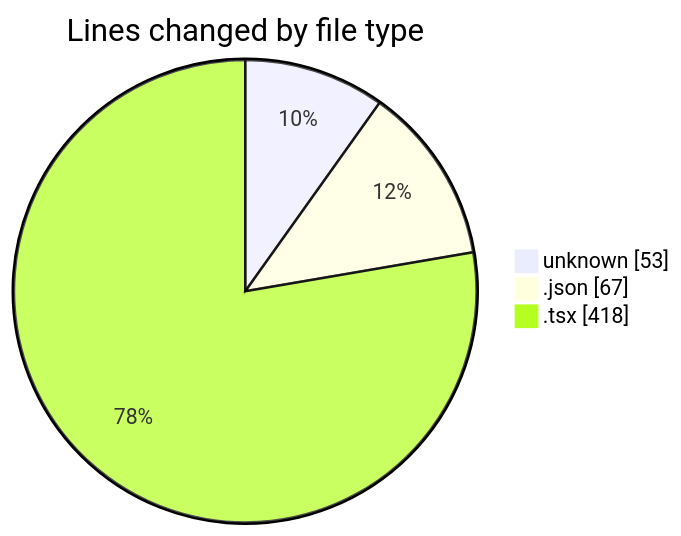
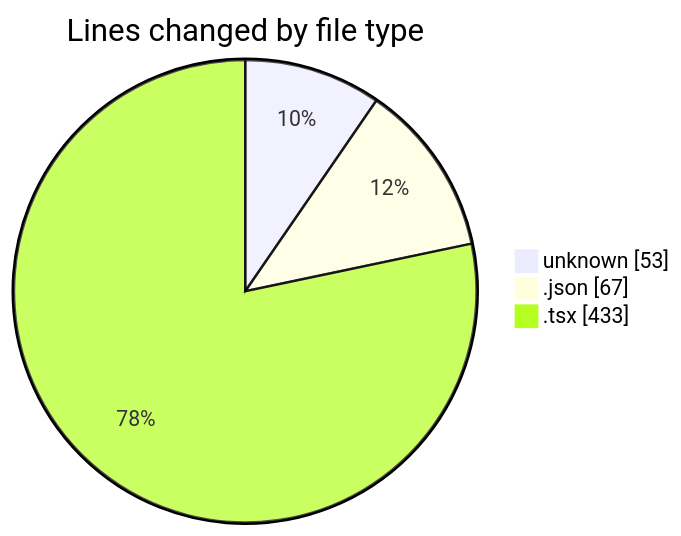
One commit to momahboobian/code-tracking changed the first of 2 diagrams in 2026-01-19/cda/README.md. Above: the diagram before and after it, drawn with Mermaid. The commit also changed other lines of this file and 1 other file, not shown here.

````diff
--- a/2026-01-19/cda/README.md
+++ b/2026-01-19/cda/README.md
@@ -22,7 +22,7 @@
 ```mermaid
 pie showData
 title Lines changed by file type
 "unknown" : 53
 ".json" : 67
-".tsx" : 418
+".tsx" : 433
 ```
````
